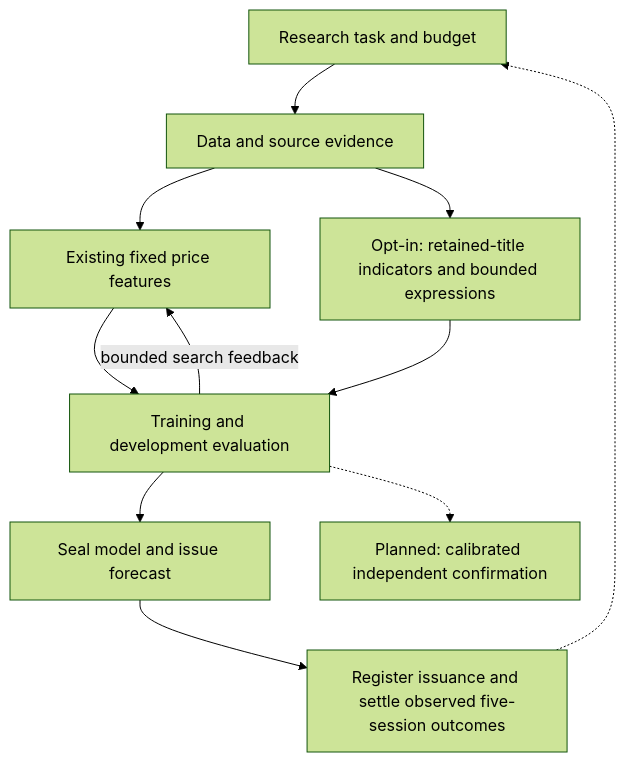
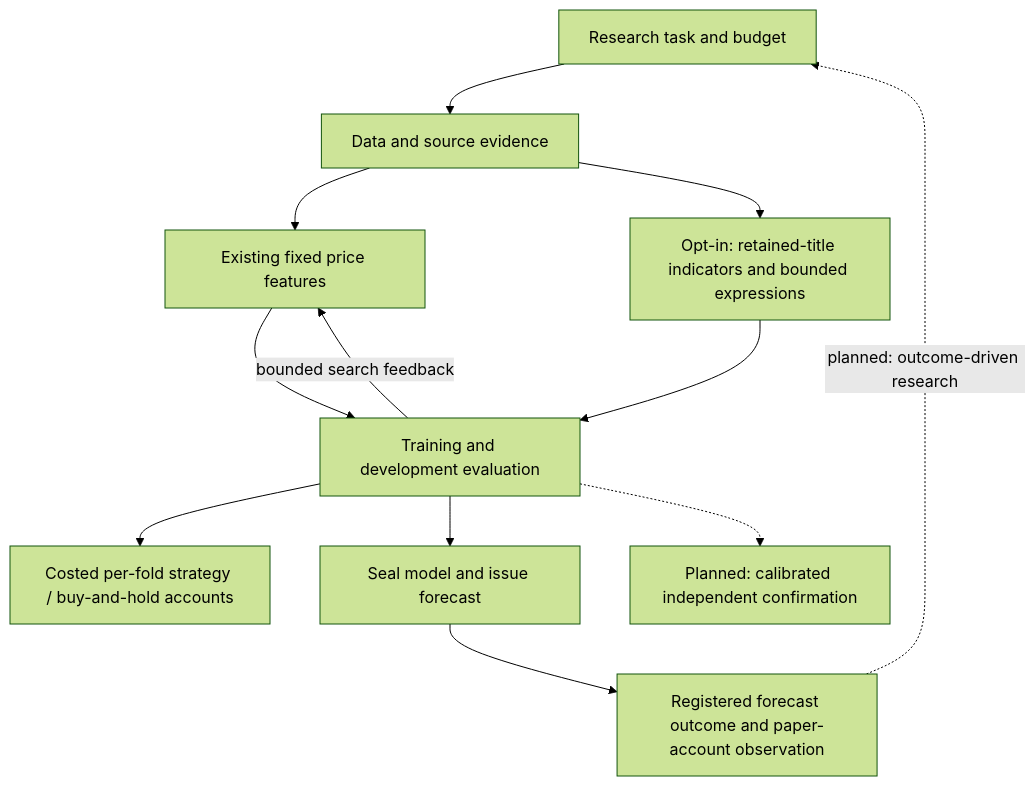
One commit to chickeyton/Quant_RSI changed the second of 2 diagrams in README.md. Above: the diagram before and after it, drawn with Mermaid (forest theme). The commit also changed other lines of this file and 1 other file, not shown here.

Commit message:
Document the integrated research workflow and evidence boundaries

````diff
--- a/README.md
+++ b/README.md
@@ -60,13 +62,14 @@
 ```mermaid
 flowchart TD
     A["Research task and budget"] --> B["Data and source evidence"]
     B --> C["Existing fixed price features"]
     B --> D["Opt-in: retained-title indicators and bounded expressions"]
     C --> E["Training and development evaluation"]
     D --> E
     E -->|"bounded search feedback"| C
+    E --> S["Costed per-fold strategy / buy-and-hold accounts"]
     E --> F["Seal model and issue forecast"]
     E -.-> G["Planned: calibrated independent confirmation"]
-    F --> H["Register issuance and settle observed five-session outcomes"]
-    H -.-> A
+    F --> H["Registered forecast outcome and paper-account observation"]
+    H -.->|"planned: outcome-driven research"| A
 ```
````
